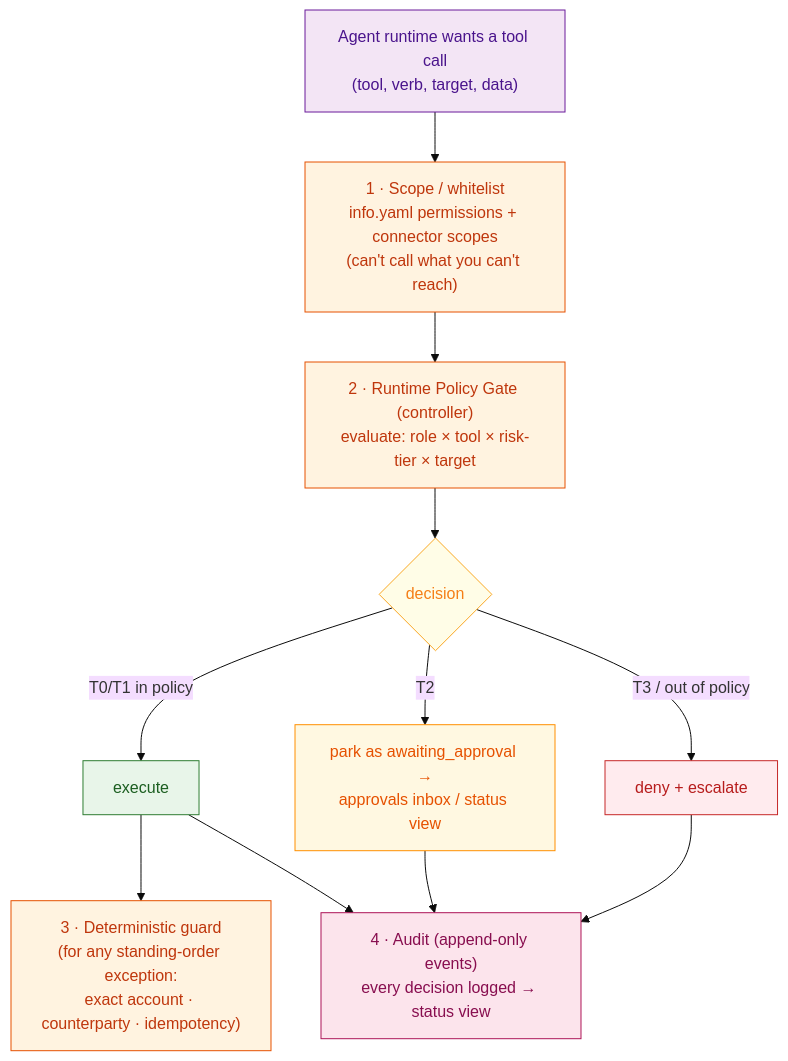
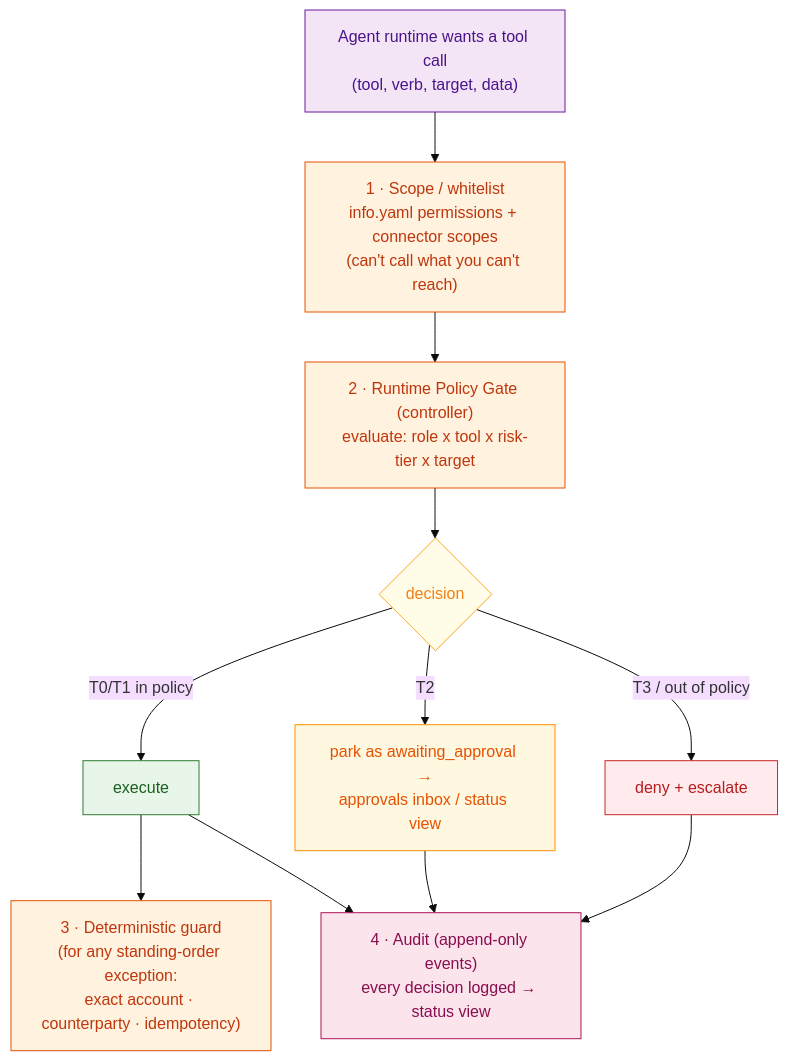
One commit to vic4code/digital-colleague-prototype changed the second of 2 diagrams in docs/governance.md. Above: the diagram before and after it, drawn with Mermaid (base theme). The commit also changed other lines of this file and 1 other file, not shown here.

First line of the commit message:
docs: write roadmap and governance fully in English

````diff
--- a/docs/governance.md
+++ b/docs/governance.md
@@ -176,27 +175,27 @@
 ```mermaid
 flowchart TB
     A["Agent runtime wants a tool call<br/>(tool, verb, target, data)"]:::exec
     L1c["1 · Scope / whitelist<br/>info.yaml permissions + connector scopes<br/>(can't call what you can't reach)"]:::gate
-    L2c["2 · Runtime Policy Gate (controller)<br/>evaluate: role × tool × risk-tier × target"]:::gate
+    L2c["2 · Runtime Policy Gate (controller)<br/>evaluate: role x tool x risk-tier x target"]:::gate
     DEC{"decision"}:::dec
     L3c["3 · Deterministic guard<br/>(for any standing-order exception:<br/>exact account · counterparty · idempotency)"]:::gate
     ALLOW["execute"]:::ok
     APPROVE["park as awaiting_approval →<br/>approvals inbox / status view"]:::warn
     DENY["deny + escalate"]:::bad
     AUD["4 · Audit (append-only events)<br/>every decision logged → status view"]:::view
 
     A --> L1c --> L2c --> DEC
     DEC -->|T0/T1 in policy| ALLOW
     DEC -->|T2| APPROVE
     DEC -->|T3 / out of policy| DENY
     ALLOW --> L3c
     ALLOW & APPROVE & DENY --> AUD
 
     classDef exec fill:#f3e5f5,stroke:#6a1b9a,color:#4a148c;
     classDef gate fill:#fff3e0,stroke:#e65100,color:#bf360c;
     classDef dec fill:#fffde7,stroke:#f9a825,color:#f57f17;
     classDef ok fill:#e8f5e9,stroke:#2e7d32,color:#1b5e20;
     classDef warn fill:#fff8e1,stroke:#ff8f00,color:#e65100;
     classDef bad fill:#ffebee,stroke:#c62828,color:#b71c1c;
     classDef view fill:#fce4ec,stroke:#ad1457,color:#880e4f;
 ```
````
